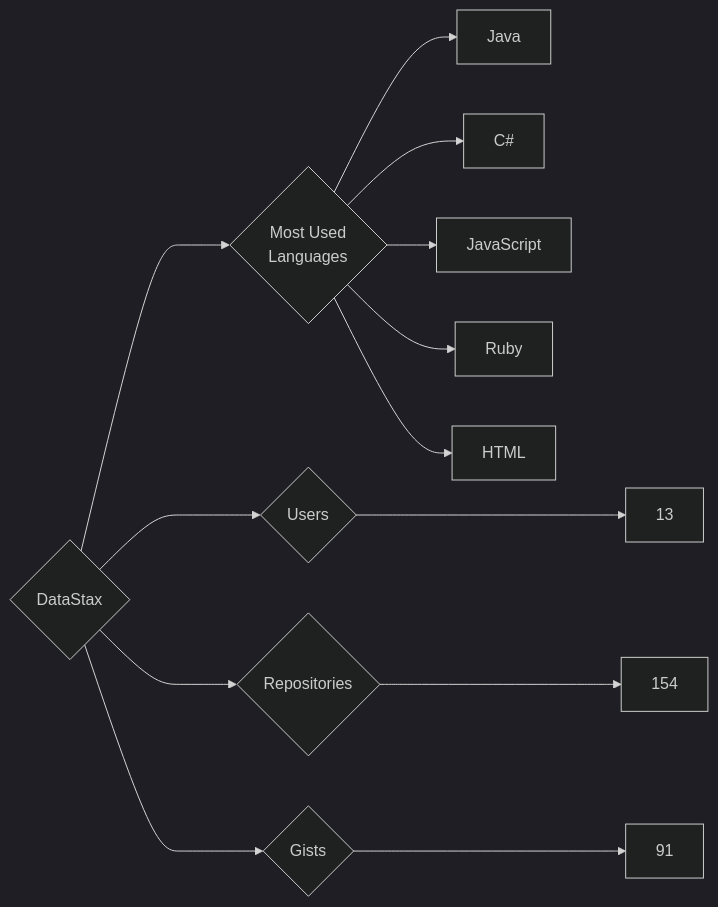
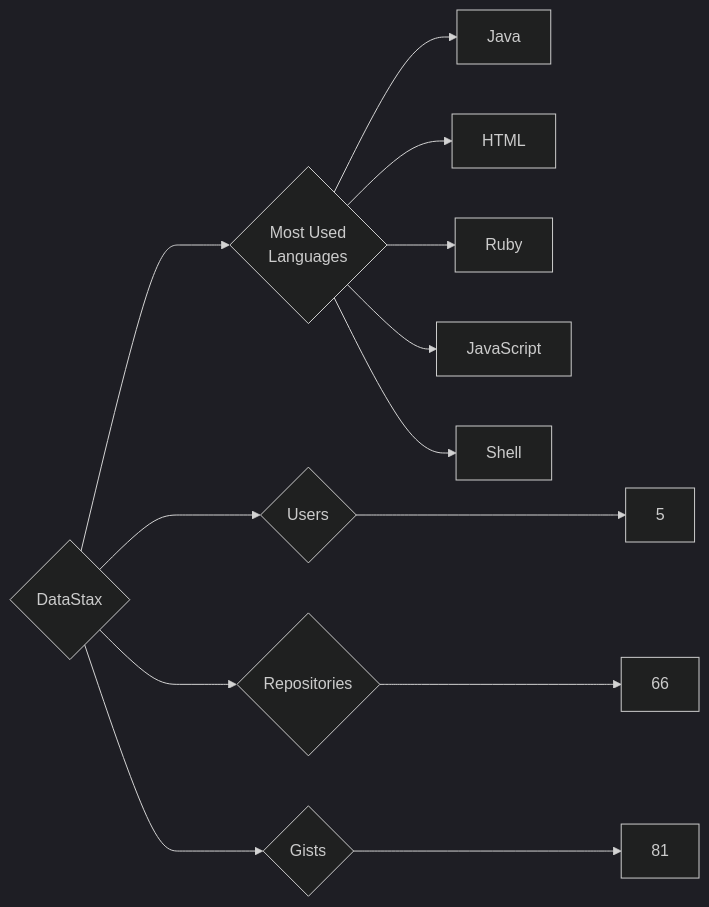
The diagram in targets/DataStax/README.md (trickest/insiders), drawn with Mermaid (dark theme) before and after one commit. The commit also changed 679 other files, not shown here.

````diff
--- a/targets/DataStax/README.md
+++ b/targets/DataStax/README.md
@@ -3,13 +3,13 @@
 ```mermaid
 graph LR
 COMPANY_NAME{DataStax}
-COMPANY_NAME ---> U{Users} ---> UN[13]
-COMPANY_NAME ---> R{Repositories} ---> RN[154]
-COMPANY_NAME ---> G{Gists} ---> GN[91]
+COMPANY_NAME ---> U{Users} ---> UN[5]
+COMPANY_NAME ---> R{Repositories} ---> RN[66]
+COMPANY_NAME ---> G{Gists} ---> GN[81]
 COMPANY_NAME ---> ML{Most Used<br>Languages}
 ML --> Java[Java]
-ML --> C#[C#]
+ML --> HTML[HTML]
+ML --> Ruby[Ruby]
 ML --> JavaScript[JavaScript]
-ML --> Ruby[Ruby]
-ML --> HTML[HTML]
+ML --> Shell[Shell]
 ```
````
